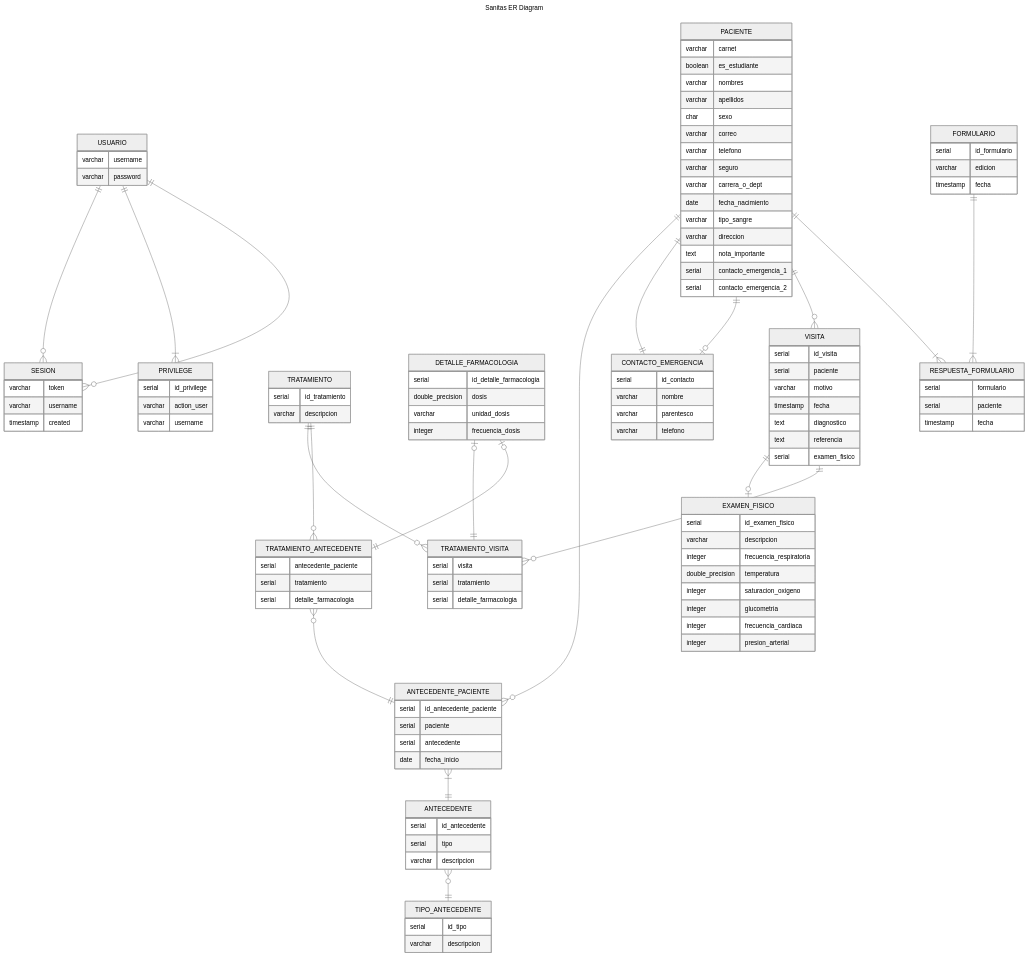
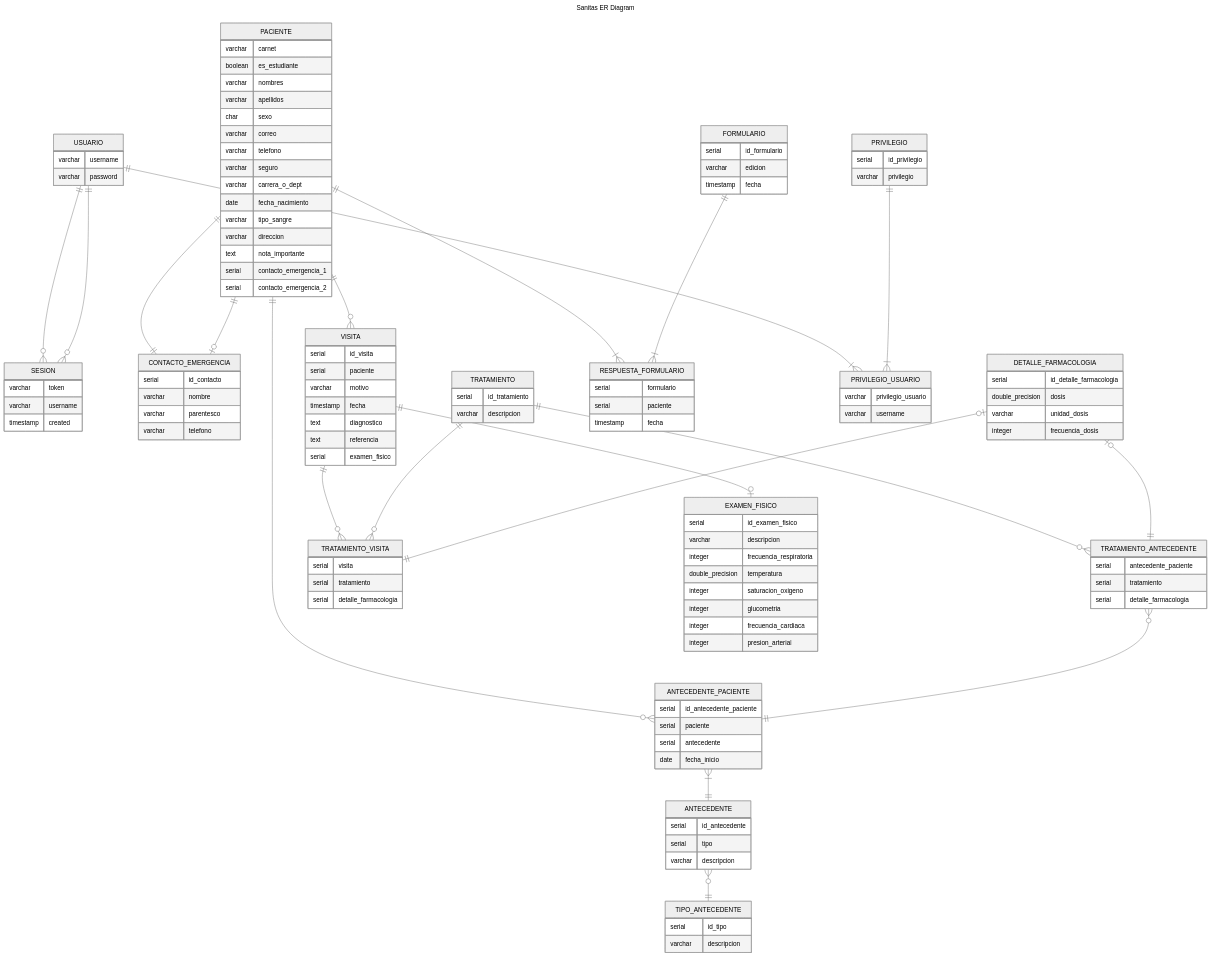
Before and after one commit to SanitasUVG/Sanitas: the diagram in wiki/mantenimiento/db/README.md, drawn with Mermaid (neutral theme).

Commit message:
fix: 4NF applied to privilegio usuario

```diff
--- a/wiki/mantenimiento/db/README.md
+++ b/wiki/mantenimiento/db/README.md
@@ -104,13 +104,19 @@
         serial      paciente
         timestamp   fecha
     }
-    PRIVILEGE {
-        serial      id_privilege
-        varchar     action_user
+    PRIVILEGIO_USUARIO {
+        varchar     privilegio_usuario
         varchar     username
     }
+    PRIVILEGIO {
+        serial      id_privilegio
+        varchar     privilegio
+    }
+
     USUARIO ||--o{ SESION: ""
-    USUARIO ||--|{ PRIVILEGE: ""
+    USUARIO ||--|{ PRIVILEGIO_USUARIO: ""
+
+    PRIVILEGIO ||--|{ PRIVILEGIO_USUARIO: ""
 
     USUARIO ||--o{ SESION: ""
 
```
